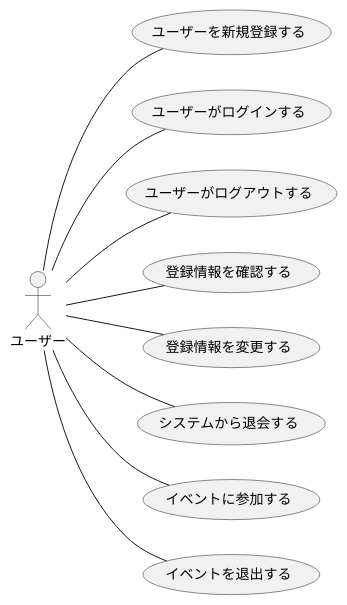
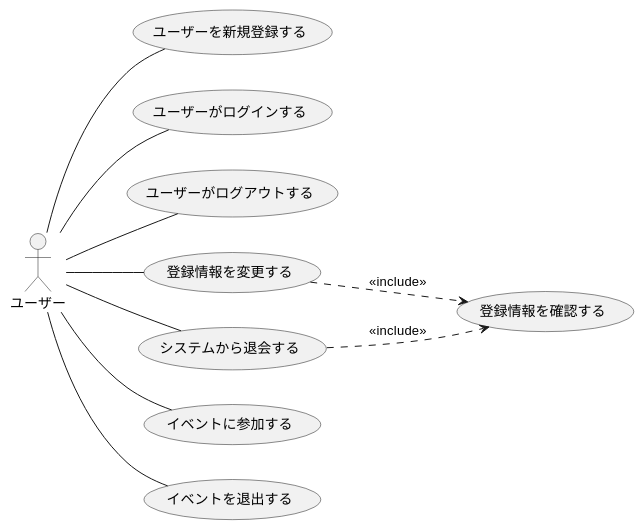
The diagram in F_usecase_user1.plantuml (ksw2270227/GroupF), drawn with PlantUML before and after one commit. The commit also changed 1 other file, not shown here.

```diff
--- a/F_usecase_user1.plantuml
+++ b/F_usecase_user1.plantuml
@@ -1,16 +1,17 @@
 @startuml user_usecase(1)
 
 left to right direction
 actor ユーザー
 
 ユーザー -- (ユーザーを新規登録する)
 ユーザー -- (ユーザーがログインする)
 ユーザー -- (ユーザーがログアウトする)
-ユーザー -- (登録情報を確認する)
 ユーザー -- (登録情報を変更する)
 ユーザー -- (システムから退会する)
+(登録情報を変更する) ..> (登録情報を確認する) : <<include>>
+(システムから退会する) ..> (登録情報を確認する) : <<include>>
 ユーザー -- (イベントに参加する)
 ユーザー -- (イベントを退出する)
 
 
 @enduml
```
